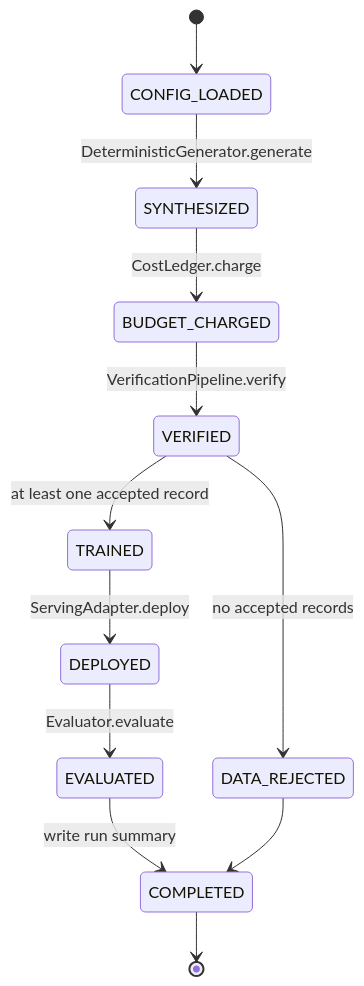
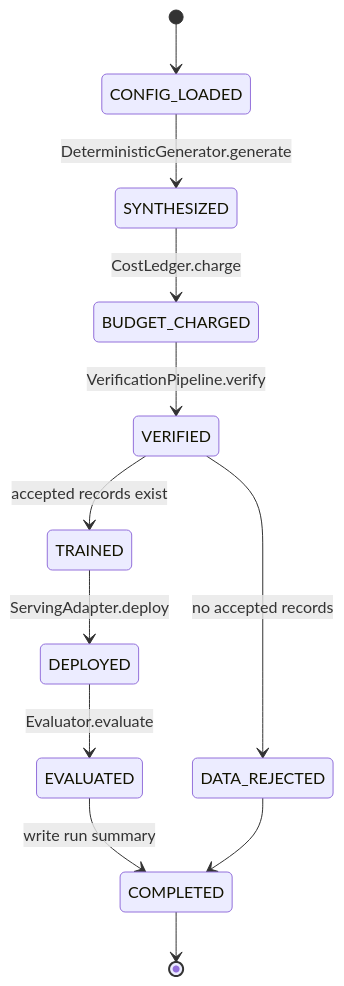
One commit to ed3c/post-training-rsi-pipeline changed the first of 8 diagrams in README.md. Above: the diagram before and after it, drawn with Mermaid. The commit also changed other lines of this file, not shown here.

Commit message:
docs(readme): map PR 3 policy into directory State Machine and data flow

````diff
--- a/README.md
+++ b/README.md
@@ -76,14 +78,14 @@
 ```mermaid
 stateDiagram-v2
     [*] --> CONFIG_LOADED
     CONFIG_LOADED --> SYNTHESIZED: DeterministicGenerator.generate
     SYNTHESIZED --> BUDGET_CHARGED: CostLedger.charge
     BUDGET_CHARGED --> VERIFIED: VerificationPipeline.verify
     VERIFIED --> DATA_REJECTED: no accepted records
-    VERIFIED --> TRAINED: at least one accepted record
+    VERIFIED --> TRAINED: accepted records exist
     TRAINED --> DEPLOYED: ServingAdapter.deploy
     DEPLOYED --> EVALUATED: Evaluator.evaluate
     EVALUATED --> COMPLETED: write run summary
     DATA_REJECTED --> COMPLETED
     COMPLETED --> [*]
 ```
````
